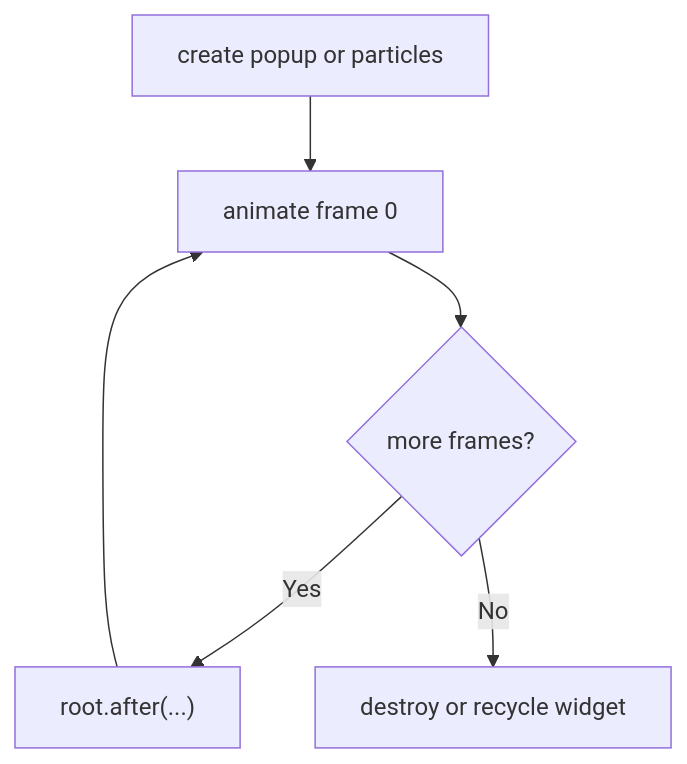
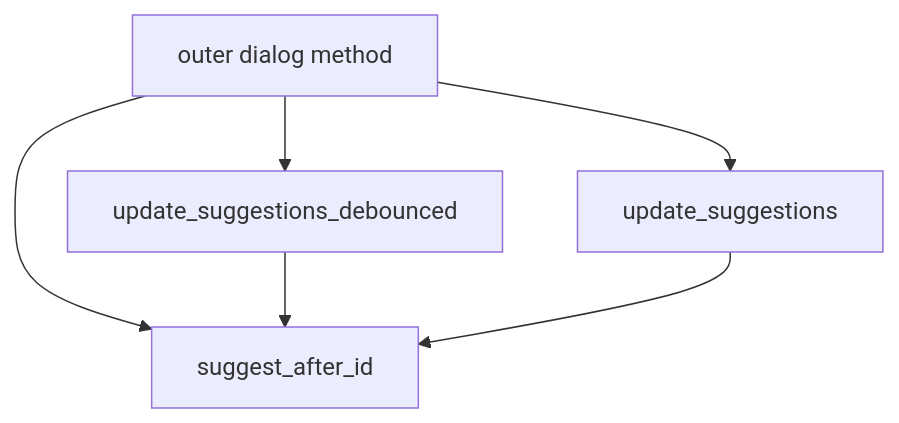
One commit to nimbold/LifeXP changed diagram 17 of 30 in docs/beginner-guide/02-intermediate.md. Above: the diagram before and after it, drawn with Mermaid. The commit also changed other lines of this file, not shown here.

````diff
--- a/docs/beginner-guide/02-intermediate.md
+++ b/docs/beginner-guide/02-intermediate.md
@@ -288,8 +915,8 @@
 ```mermaid
 flowchart TD
-    A["create popup or particles"] --> B["animate frame 0"]
-    B --> C{"more frames?"}
-    C -->|Yes| D["root.after(...)"]
+    A["outer dialog method"] --> B["suggest_after_id"]
+    A --> C["update_suggestions_debounced"]
+    A --> D["update_suggestions"]
+    C --> B
     D --> B
-    C -->|No| E["destroy or recycle widget"]
 ```
````
